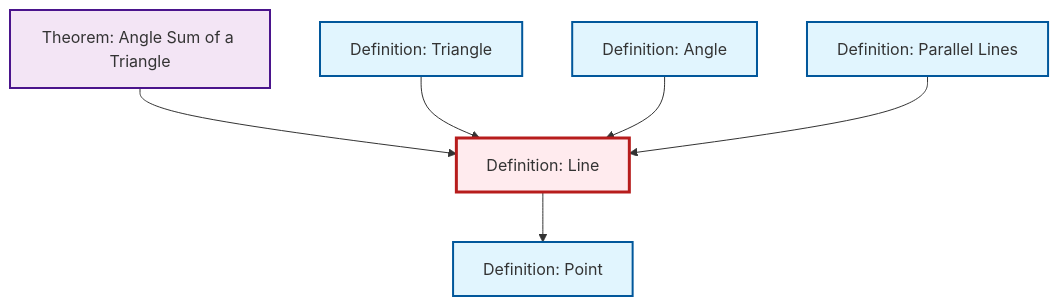
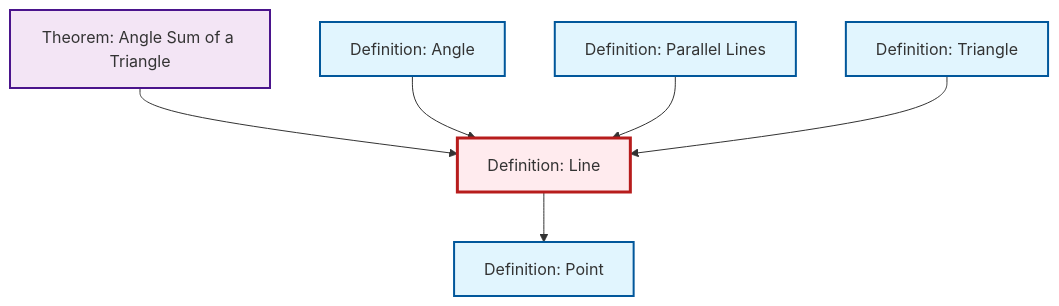
Before and after one commit to RK0429/ModernMath: the diagram in content/ja/geometry/def-line.qmd, drawn with Mermaid. The commit also changed other lines of this file and 634 other files, not shown here.

````diff
--- a/content/ja/geometry/def-line.qmd
+++ b/content/ja/geometry/def-line.qmd
@@ -46,26 +46,26 @@
 ```{mermaid}
 %%| fig-cap: "Local dependency graph"
 graph TD
     classDef definition fill:#e1f5fe,stroke:#01579b,stroke-width:2px
     classDef theorem fill:#f3e5f5,stroke:#4a148c,stroke-width:2px
     classDef axiom fill:#fff3e0,stroke:#e65100,stroke-width:2px
     classDef example fill:#e8f5e9,stroke:#1b5e20,stroke-width:2px
     classDef current fill:#ffebee,stroke:#b71c1c,stroke-width:3px
+    def-point["Definition: Point"]:::definition
     def-parallel["Definition: Parallel Lines"]:::definition
-    def-point["Definition: Point"]:::definition
+    def-triangle["Definition: Triangle"]:::definition
     thm-angle-sum-triangle["Theorem: Angle Sum of a Triangle"]:::theorem
-    def-triangle["Definition: Triangle"]:::definition
+    def-angle["Definition: Angle"]:::definition
     def-line["Definition: Line"]:::definition
-    def-angle["Definition: Angle"]:::definition
     thm-angle-sum-triangle --> def-line
-    def-triangle --> def-line
     def-angle --> def-line
     def-parallel --> def-line
+    def-triangle --> def-line
     def-line --> def-point
     class def-line current
+    click def-point "def-point.html" "Definition: Pointへ"
     click def-parallel "def-parallel.html" "Definition: Parallel Linesへ"
-    click def-point "def-point.html" "Definition: Pointへ"
+    click def-triangle "def-triangle.html" "Definition: Triangleへ"
     click thm-angle-sum-triangle "thm-angle-sum-triangle.html" "Theorem: Angle Sum of a Triangleへ"
-    click def-triangle "def-triangle.html" "Definition: Triangleへ"
     click def-angle "def-angle.html" "Definition: Angleへ"
 ```
````
